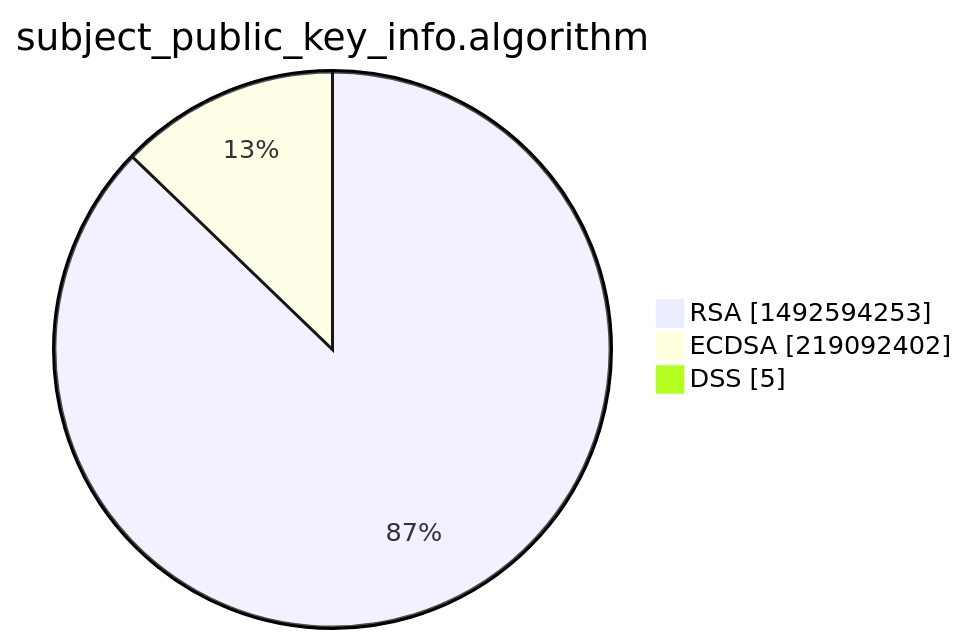
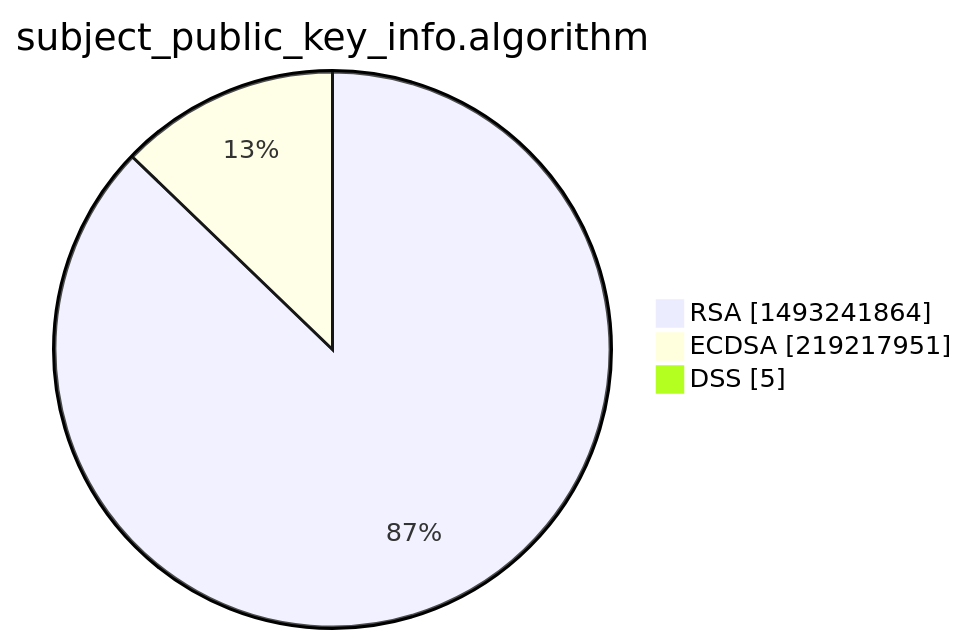
The third of 15 diagrams in xenon2022/README.md (christiankrug/ctmonitor_visualization), drawn with Mermaid before and after one commit. The commit also changed other lines of this file, not shown here.

````diff
--- a/xenon2022/README.md
+++ b/xenon2022/README.md
@@ -14,7 +14,7 @@
 ```mermaid
 pie showData
 title subject_public_key_info.algorithm
-"RSA" :1492594253
-"ECDSA" :219092402
+"RSA" :1493241864
+"ECDSA" :219217951
 "DSS" :5
 ```
````
